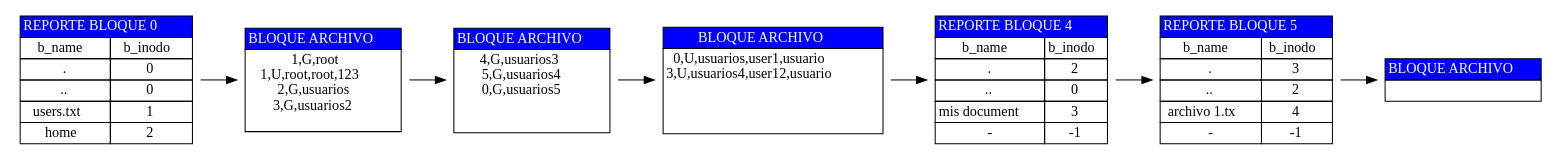
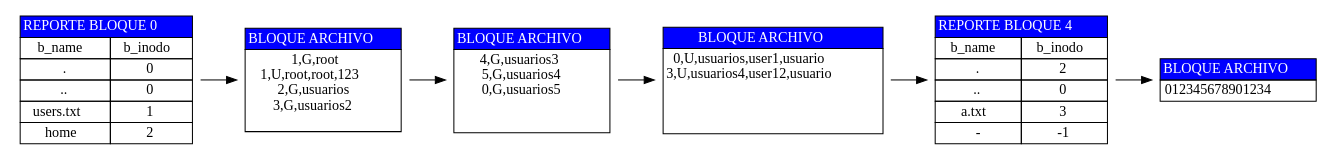
Before and after one commit to miguel-tubac/MIA_1S2025_P1_202101927: the diagram in server/src/salida/block.dot, drawn with Graphviz. The commit also changed 15 other files, not shown here.

```diff
--- a/server/src/salida/block.dot
+++ b/server/src/salida/block.dot
@@ -1,50 +1,41 @@
 digraph G {
 	rankdir=LR;
 	node [shape=plaintext]
 	bloque0 [label=<
 							<table border="0" cellborder="1" cellspacing="0">
 							<tr><td colspan="2" bgcolor="#0000FF"><font color="white"> REPORTE BLOQUE 0 </font></td></tr>
 	<tr><td>b_name</td><td>b_inodo</td></tr>
 	<tr><td>.</td><td>0</td></tr>
 	<tr><td>..</td><td>0</td></tr>
 	<tr><td>users.txt</td><td>1</td></tr>
 	<tr><td>home</td><td>2</td></tr>	</table>>];
 bloque1 [label=<
 					<table border="0" cellborder="1" cellspacing="0">
 		<tr><td colspan="2" bgcolor="#0000FF"><font color="white"> BLOQUE ARCHIVO </font></td></tr>
 		<tr><td colspan="2"> 1,G,root<br/>1,U,root,root,123<br/>2,G,usuarios<br/>3,G,usuarios2<br/> </td></tr>	</table>>];
 bloque2 [label=<
 					<table border="0" cellborder="1" cellspacing="0">
 		<tr><td colspan="2" bgcolor="#0000FF"><font color="white"> BLOQUE ARCHIVO </font></td></tr>
 		<tr><td colspan="2"> 4,G,usuarios3<br/>5,G,usuarios4<br/>0,G,usuarios5<br/><br/> </td></tr>	</table>>];
 bloque3 [label=<
 					<table border="0" cellborder="1" cellspacing="0">
 		<tr><td colspan="2" bgcolor="#0000FF"><font color="white"> BLOQUE ARCHIVO </font></td></tr>
 		<tr><td colspan="2"> 0,U,usuarios,user1,usuario<br/>3,U,usuarios4,user12,usuario<br/><br/><br/> </td></tr>	</table>>];
 bloque4 [label=<
 							<table border="0" cellborder="1" cellspacing="0">
 							<tr><td colspan="2" bgcolor="#0000FF"><font color="white"> REPORTE BLOQUE 4 </font></td></tr>
 	<tr><td>b_name</td><td>b_inodo</td></tr>
 	<tr><td>.</td><td>2</td></tr>
 	<tr><td>..</td><td>0</td></tr>
-	<tr><td>mis document</td><td>3</td></tr>
+	<tr><td>a.txt</td><td>3</td></tr>
 	<tr><td>-</td><td>-1</td></tr>	</table>>];
 bloque5 [label=<
-							<table border="0" cellborder="1" cellspacing="0">
-							<tr><td colspan="2" bgcolor="#0000FF"><font color="white"> REPORTE BLOQUE 5 </font></td></tr>
-	<tr><td>b_name</td><td>b_inodo</td></tr>
-	<tr><td>.</td><td>3</td></tr>
-	<tr><td>..</td><td>2</td></tr>
-	<tr><td>archivo 1.tx</td><td>4</td></tr>
-	<tr><td>-</td><td>-1</td></tr>	</table>>];
-bloque6 [label=<
 					<table border="0" cellborder="1" cellspacing="0">
 		<tr><td colspan="2" bgcolor="#0000FF"><font color="white"> BLOQUE ARCHIVO </font></td></tr>
-		<tr><td colspan="2">  </td></tr>	</table>>];
+		<tr><td colspan="2"> 012345678901234 </td></tr>	</table>>];
 bloque0 -> bloque1
 bloque1 -> bloque2
 bloque2 -> bloque3
 bloque3 -> bloque4
 bloque4 -> bloque5
-bloque5 -> bloque6
 }
```
